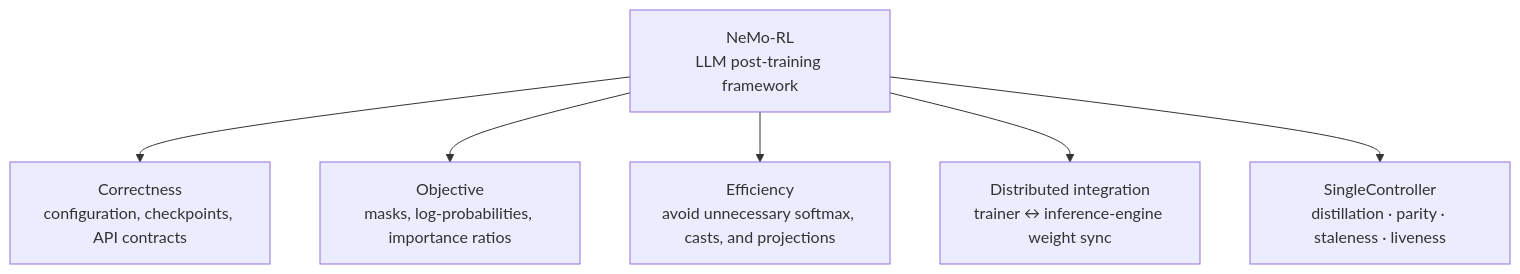
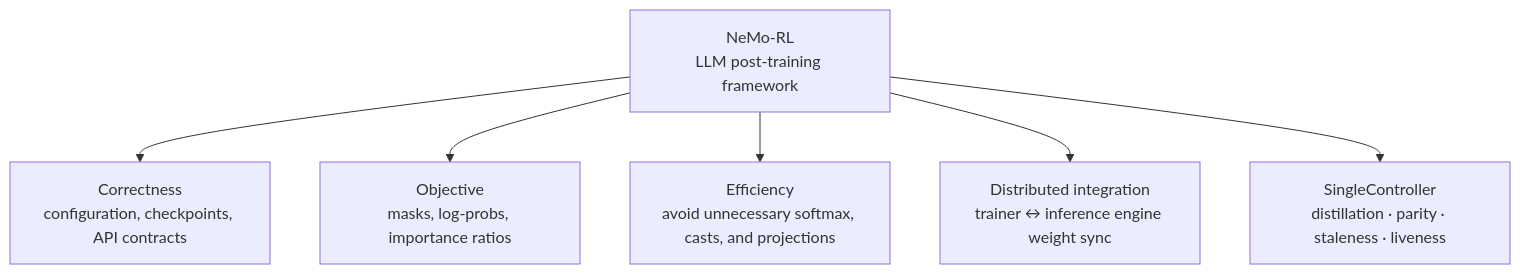
Before and after one commit to tianyi-zhang-02/cooking-agi: the second of 2 diagrams in open-source/README.en.md, drawn with Mermaid. The commit also changed other lines of this file and 57 other files, not shown here.

````diff
--- a/open-source/README.en.md
+++ b/open-source/README.en.md
@@ -32,9 +32,9 @@
 ```mermaid
 flowchart TB
     A["NeMo-RL<br/>LLM post-training framework"]
     A --> B["Correctness<br/>configuration, checkpoints, API contracts"]
-    A --> C["Objective<br/>masks, log-probabilities, importance ratios"]
+    A --> C["Objective<br/>masks, log-probs, importance ratios"]
     A --> D["Efficiency<br/>avoid unnecessary softmax, casts, and projections"]
-    A --> E["Distributed integration<br/>trainer ↔ inference-engine weight sync"]
+    A --> E["Distributed integration<br/>trainer ↔ inference engine weight sync"]
     A --> F["SingleController<br/>distillation · parity · staleness · liveness"]
 ```
````
